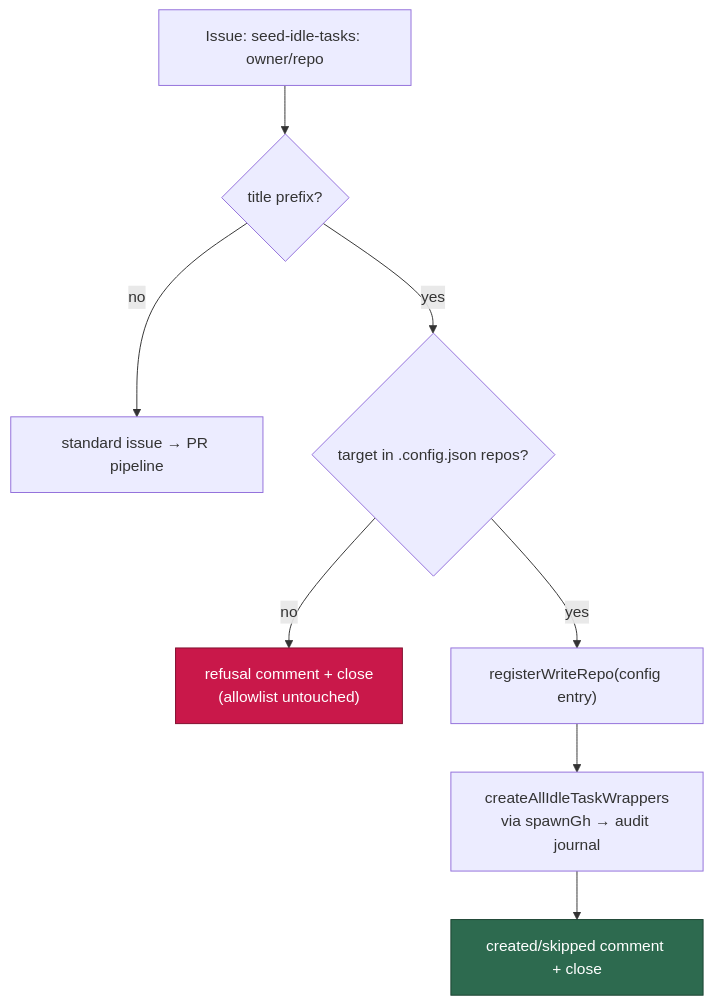
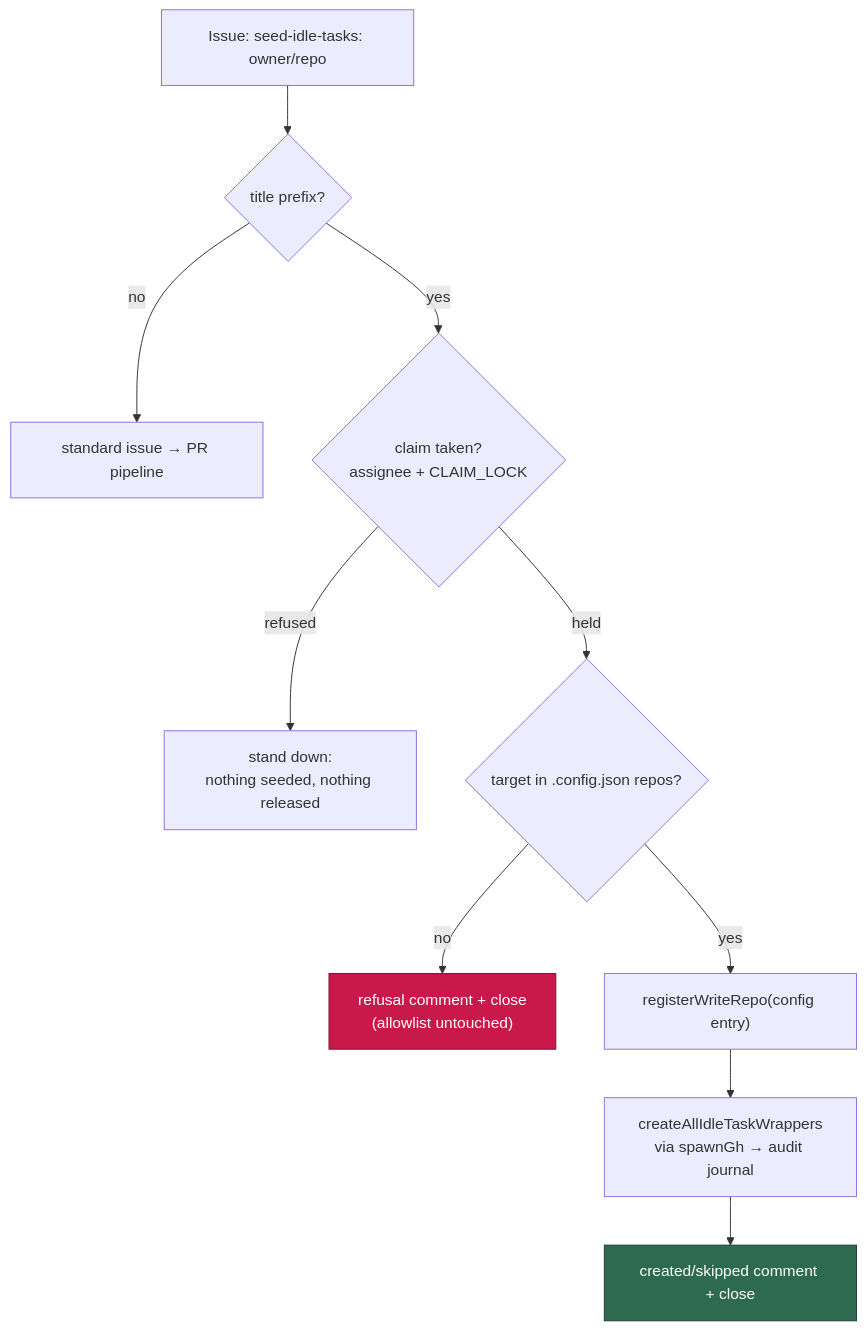
The ninth of 18 diagrams in docs/IDLE-TASK-FRAMEWORK.md (stSoftwareAU/VibeCoder), drawn with Mermaid before and after one commit. The commit also changed other lines of this file and 18 other files, not shown here.

First line of the commit message:
Claim the add-repo and seed-idle-tasks routes, and release nothing on a refused setup claim (Issue #1193)

````diff
--- a/docs/IDLE-TASK-FRAMEWORK.md
+++ b/docs/IDLE-TASK-FRAMEWORK.md
@@ -1439,12 +1441,14 @@
 ```mermaid
 flowchart TD
     I["Issue: seed-idle-tasks: owner/repo"] --> R{"title prefix?"}
     R -- no --> P["standard issue → PR pipeline"]
-    R -- yes --> C{"target in .config.json repos?"}
+    R -- yes --> K{"claim taken?<br/>assignee + CLAIM_LOCK"}
+    K -- refused --> KS["stand down:<br/>nothing seeded, nothing released"]
+    K -- held --> C{"target in .config.json repos?"}
     C -- no --> X["refusal comment + close<br/>(allowlist untouched)"]
     C -- yes --> G["registerWriteRepo(config entry)"]
     G --> S["createAllIdleTaskWrappers<br/>via spawnGh → audit journal"]
     S --> D["created/skipped comment + close"]
     style X fill:#c9184a,stroke:#800f2f,color:#fff
     style D fill:#2d6a4f,stroke:#1b4332,color:#fff
 ```
````
